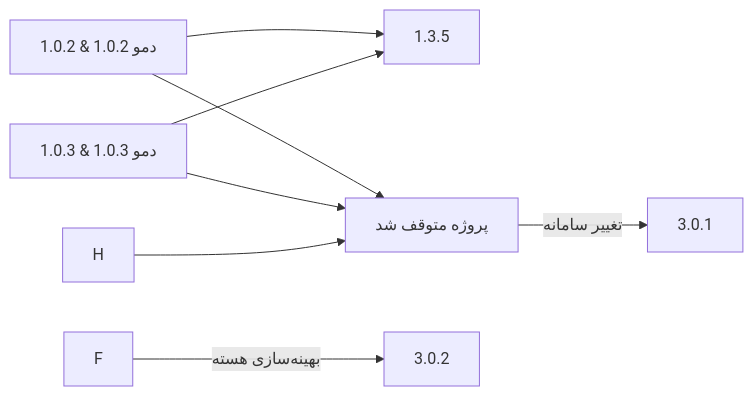
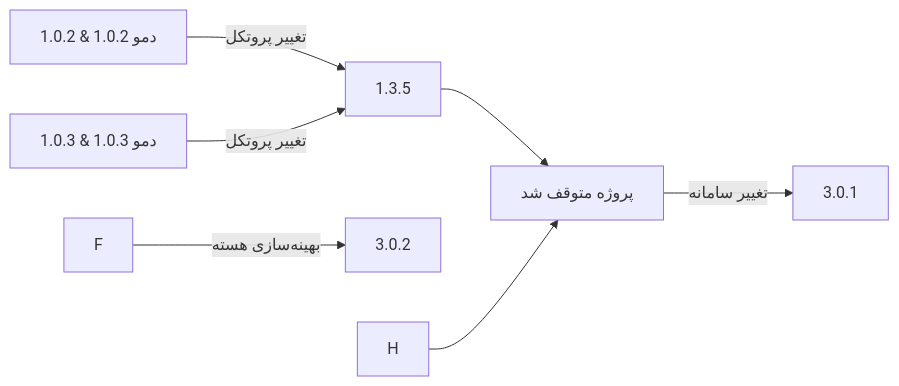
Before and after one commit to Amirhosin282/Dtire: the fourth of 4 diagrams in README.md, drawn with Mermaid.

````diff
--- a/README.md
+++ b/README.md
@@ -186,7 +186,7 @@
 ```mermaid
 graph LR
-    A[1.0.2 & 1.0.2 دمو] & B[1.0.3 & 1.0.3 دمو] --> C[1.3.5]
-    A & B --> D[2.0.1] -->|تغییر سامانه| E[3.0.1]
+    A[1.0.2 & 1.0.2 دمو] & B[1.0.3 & 1.0.3 دمو] --> |تغییر پروتکل| C[1.3.5]
+    C --> D[2.0.1] -->|تغییر سامانه| E[3.0.1]
     F -->|بهینه‌سازی هسته| G[3.0.2]
     H --> D[پروژه متوقف شد]
 ```
````
